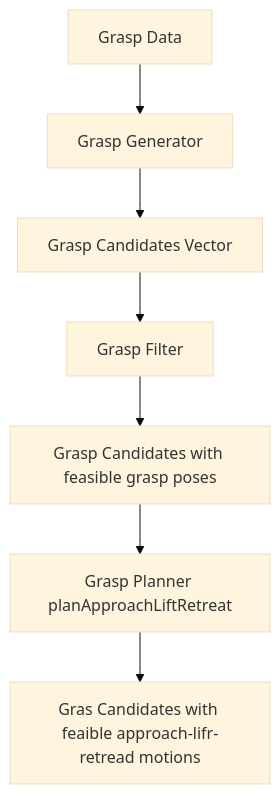
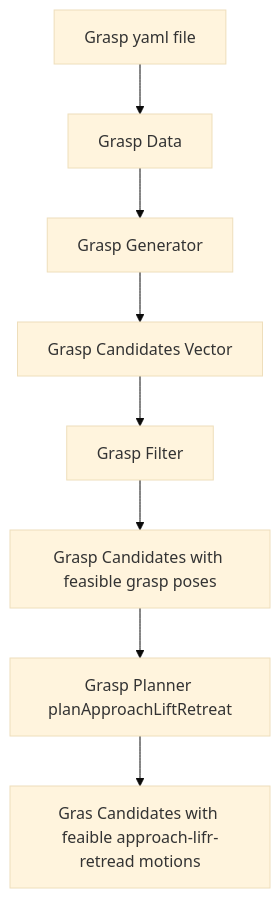
The diagram in 08_movegroup_anatomy/src/d_moveit_graps/readme.md (rafaelrojasmiliani/moveit_tutorial), drawn with Mermaid (base theme) before and after one commit. The commit also changed other lines of this file and 7 other files, not shown here.

````diff
--- a/08_movegroup_anatomy/src/d_moveit_graps/readme.md
+++ b/08_movegroup_anatomy/src/d_moveit_graps/readme.md
@@ -13,10 +13,10 @@
 ```mermaid
 graph TD;
-
+    GY[Grasp yaml file] --> GD;
     GD[Grasp Data] --> GG[Grasp Generator];
     GG --> GCV[Grasp Candidates Vector];
     GCV --> GF[Grasp Filter];
     GF -->  FGCV[Grasp Candidates with feasible grasp poses];
     FGCV --> GPALR[Grasp Planner planApproachLiftRetreat];
     GPALR --> RESULT[Gras Candidates with feaible approach-lifr-retread motions];
 ```
````
